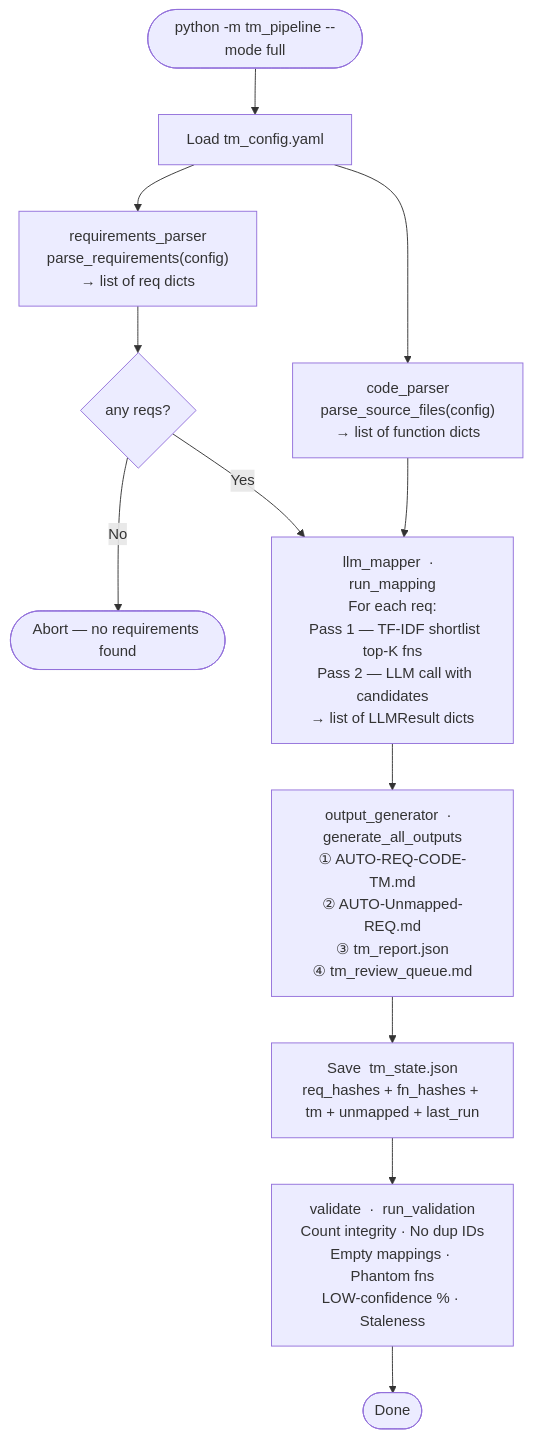
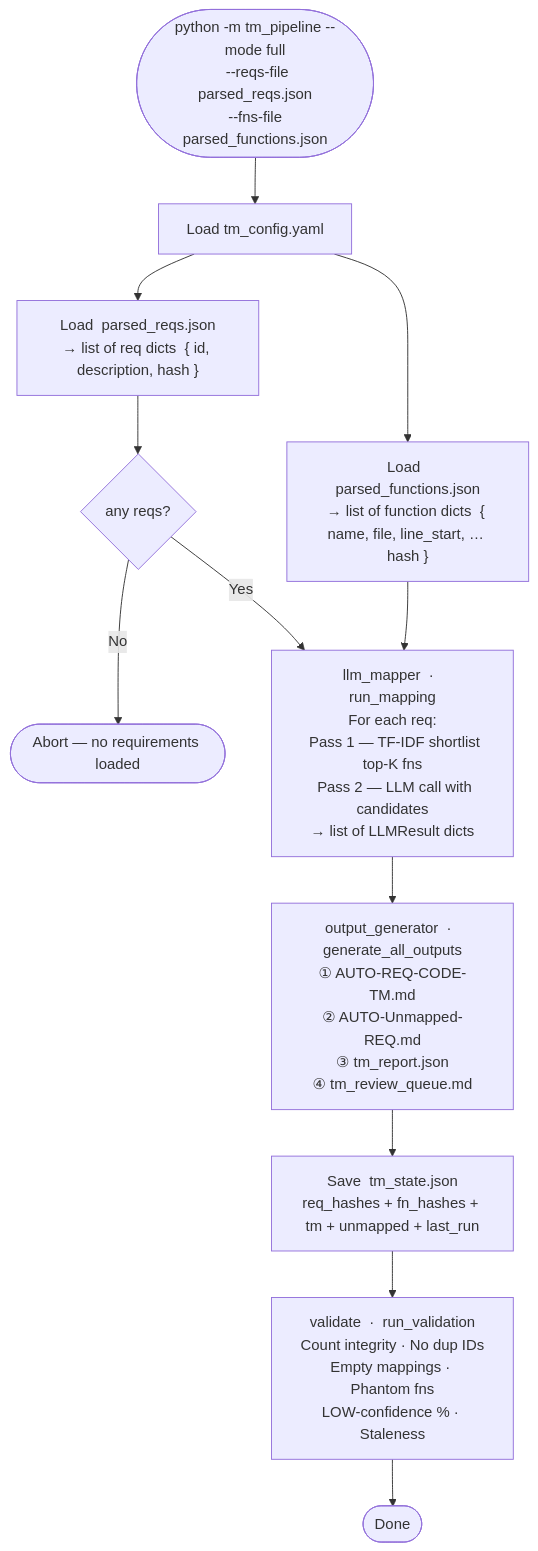
One commit to AHMED-MOH7/Our-Project changed the fifth of 11 diagrams in ARCHITECTURE.md. Above: the diagram before and after it, drawn with Mermaid. The commit also changed other lines of this file, not shown here.

````diff
--- a/ARCHITECTURE.md
+++ b/ARCHITECTURE.md
@@ -158,17 +160,17 @@
 ```mermaid
 flowchart TD
-    A(["python -m tm_pipeline --mode full"]) --> B["Load tm_config.yaml"]
+    A(["python -m tm_pipeline --mode full\n  --reqs-file parsed_reqs.json\n  --fns-file  parsed_functions.json"]) --> B["Load tm_config.yaml"]
 
-    B --> C["requirements_parser\nparse_requirements(config)\n→ list of req dicts"]
-    B --> D["code_parser\nparse_source_files(config)\n→ list of function dicts"]
+    B --> C["Load  parsed_reqs.json\n→ list of req dicts  { id, description, hash }"]
+    B --> D["Load  parsed_functions.json\n→ list of function dicts  { name, file, line_start, … hash }"]
 
     C --> E{any reqs?}
-    E -- No --> FAIL(["Abort — no requirements found"])
+    E -- No --> FAIL(["Abort — no requirements loaded"])
     E -- Yes --> F["llm_mapper  ·  run_mapping\nFor each req:\n  Pass 1 — TF-IDF shortlist top-K fns\n  Pass 2 — LLM call with candidates\n→ list of LLMResult dicts"]
     D --> F
 
     F --> G["output_generator  ·  generate_all_outputs\n① AUTO-REQ-CODE-TM.md\n② AUTO-Unmapped-REQ.md\n③ tm_report.json\n④ tm_review_queue.md"]
     G --> H["Save  tm_state.json\nreq_hashes + fn_hashes + tm + unmapped + last_run"]
     H --> I["validate  ·  run_validation\nCount integrity · No dup IDs\nEmpty mappings · Phantom fns\nLOW-confidence % · Staleness"]
     I --> J(["Done"])
 ```
````
